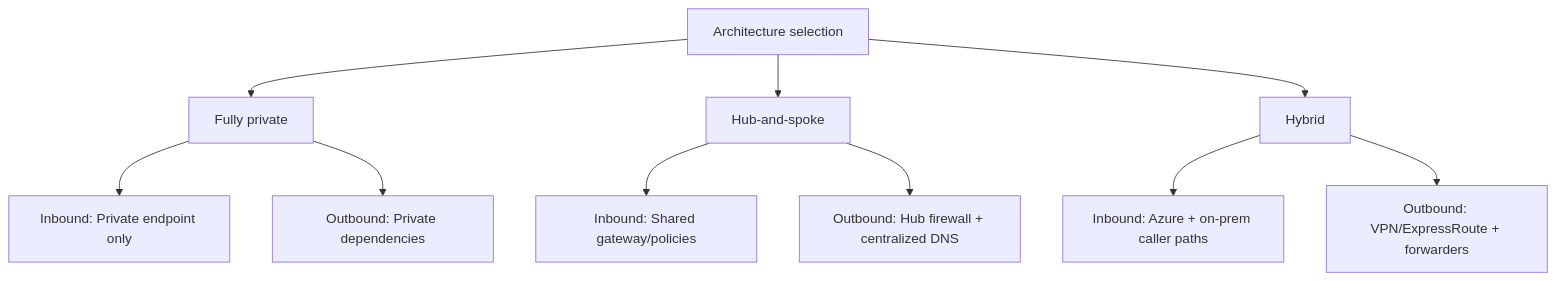
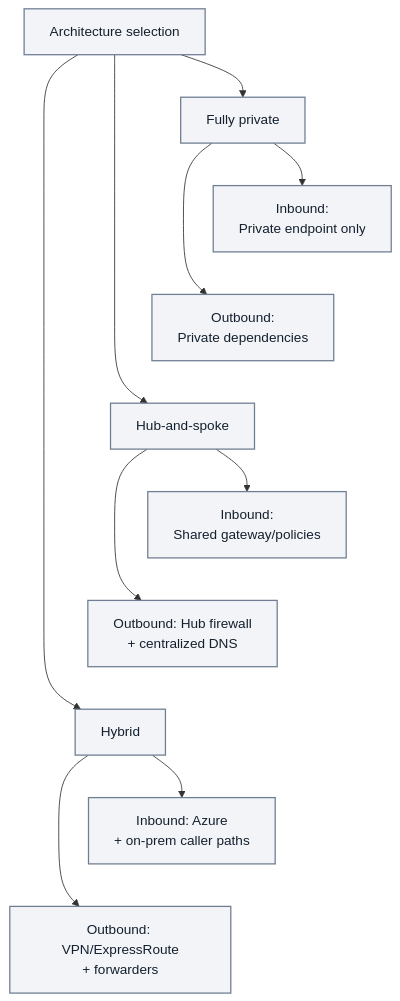
The second of 3 diagrams in docs/best-practices/networking.md (yeongseon/azure-functions-practical-guide), drawn with Mermaid before and after one commit. The commit also changed other lines of this file and 2 other files, not shown here.

First line of the commit message:
docs(diagrams): migrate Functions ingress, egress and private DNS decision flows (#417)

````diff
--- a/docs/best-practices/networking.md
+++ b/docs/best-practices/networking.md
@@ -312,12 +321,22 @@
 ```mermaid
 flowchart TD
+    accTitle: Networking architecture choices and their ingress and egress models
+    accDescr: Compare fully private, hub-and-spoke and hybrid choices, retaining each choice's inbound and outbound models. Arrows classify architecture choices rather than depicting physical network hops.
     A[Architecture selection] --> F1[Fully private]
     A --> F2[Hub-and-spoke]
     A --> F3[Hybrid]
-    F1 --> I1[Inbound: Private endpoint only]
-    F1 --> O1[Outbound: Private dependencies]
-    F2 --> I2["Inbound: Shared gateway/policies"]
-    F2 --> O2[Outbound: Hub firewall + centralized DNS]
-    F3 --> I3[Inbound: Azure + on-prem caller paths]
-    F3 --> O3["Outbound: VPN/ExpressRoute + forwarders"]
+    F1 --> I1["Inbound:<br/>Private endpoint only"]
+    F1 --> O1["Outbound:<br/>Private dependencies"]
+    F2 --> I2["Inbound:<br/>Shared gateway/policies"]
+    F2 --> O2["Outbound: Hub firewall<br/>+ centralized DNS"]
+    F3 --> I3["Inbound: Azure<br/>+ on-prem caller paths"]
+    F3 --> O3["Outbound: VPN/ExpressRoute<br/>+ forwarders"]
+    %% Layout-only links serialize category pairs; add no choices or traffic arrows.
+    I1 ~~~ O1
+    O1 ~~~ F2
+    I2 ~~~ O2
+    O2 ~~~ F3
+    I3 ~~~ O3
+    classDef neutral fill:#f2f4f8,stroke:#707e93,stroke-width:1.5px,color:#14202e;
+    class A,F1,F2,F3,I1,O1,I2,O2,I3,O3 neutral;
 ```
````
